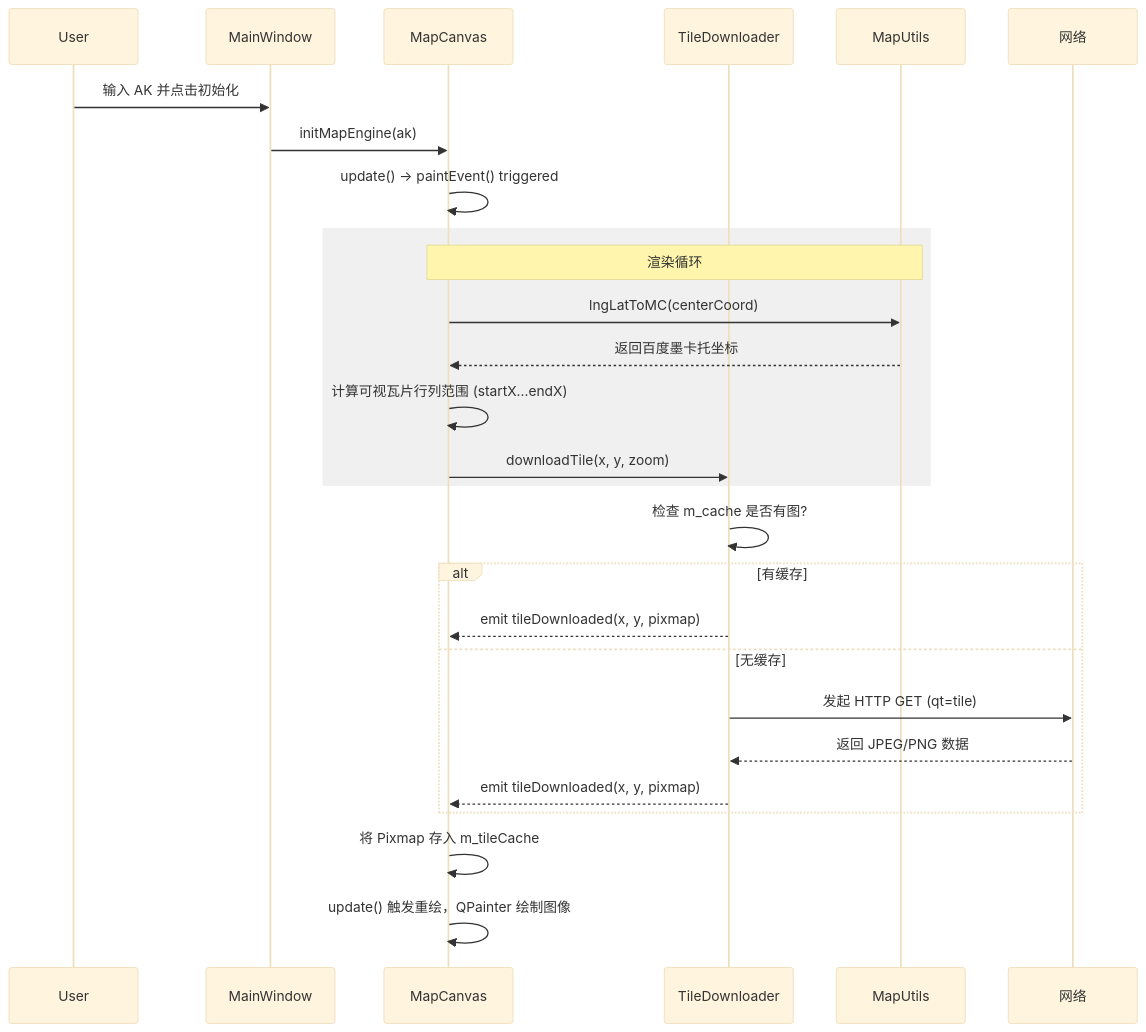
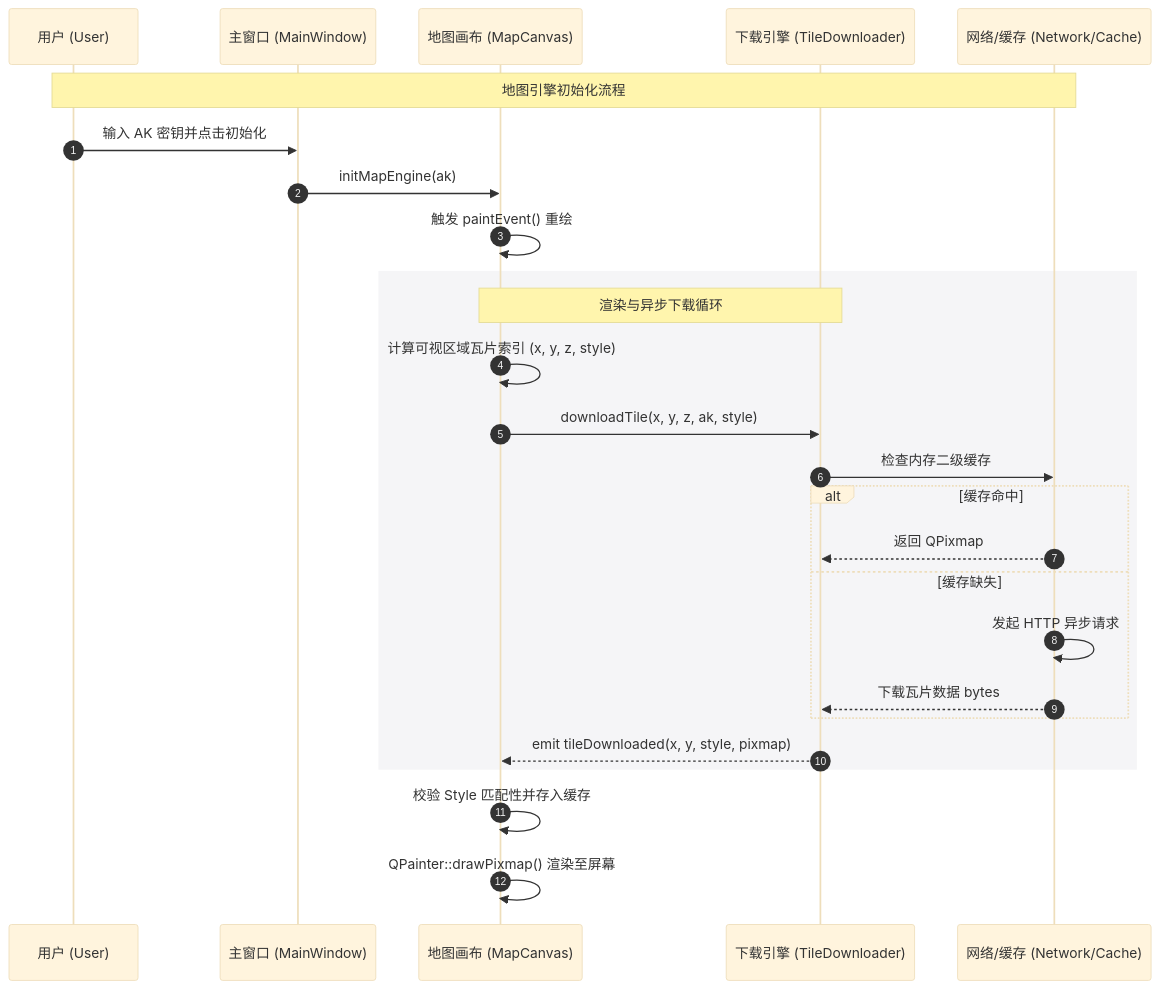
Before and after one commit to BackHole-C/GeoQt-Client: the second of 2 diagrams in README.md, drawn with Mermaid (base theme). The commit also changed other lines of this file and 59 other files, not shown here.

````diff
--- a/README.md
+++ b/README.md
@@ -26,32 +26,33 @@
 ```mermaid
 sequenceDiagram
-    participant User
-    participant MW as MainWindow
-    participant MC as MapCanvas
-    participant TD as TileDownloader
-    participant MU as MapUtils
+    autonumber
+    participant U as 用户 (User)
+    participant MW as 主窗口 (MainWindow)
+    participant MC as 地图画布 (MapCanvas)
+    participant TD as 下载引擎 (TileDownloader)
+    participant NT as 网络/缓存 (Network/Cache)
 
-    User->>MW: 输入 AK 并点击初始化
+    Note over U, NT: 地图引擎初始化流程
+    U->>MW: 输入 AK 密钥并点击初始化
     MW->>MC: initMapEngine(ak)
-    MC->>MC: update() -> paintEvent() triggered
+    MC->>MC: 触发 paintEvent() 重绘
+  
+    rect rgb(245, 245, 247)
+    Note over MC, TD: 渲染与异步下载循环
+    MC->>MC: 计算可视区域瓦片索引 (x, y, z, style)
+    MC->>TD: downloadTile(x, y, z, ak, style)
     
-    rect rgb(240, 240, 240)
-    Note over MC, MU: 渲染循环
-    MC->>MU: lngLatToMC(centerCoord)
-    MU-->>MC: 返回百度墨卡托坐标
-    MC->>MC: 计算可视瓦片行列范围 (startX...endX)
-    MC->>TD: downloadTile(x, y, zoom)
+    TD->>NT: 检查内存二级缓存
+    alt 缓存命中
+        NT-->>TD: 返回 QPixmap
+    else 缓存缺失
+        NT->>NT: 发起 HTTP 异步请求
+        NT-->>TD: 下载瓦片数据 bytes
+    end
+    
+    TD-->>MC: emit tileDownloaded(x, y, style, pixmap)
     end
 
-    TD->>TD: 检查 m_cache 是否有图?
-    alt 有缓存
-        TD-->>MC: emit tileDownloaded(x, y, pixmap)
-    else 无缓存
-        TD->>网络: 发起 HTTP GET (qt=tile)
-        网络-->>TD: 返回 JPEG/PNG 数据
-        TD-->>MC: emit tileDownloaded(x, y, pixmap)
-    end
-
-    MC->>MC: 将 Pixmap 存入 m_tileCache
-    MC->>MC: update() 触发重绘，QPainter 绘制图像
+    MC->>MC: 校验 Style 匹配性并存入缓存
+    MC->>MC: QPainter::drawPixmap() 渲染至屏幕
 ```
````
